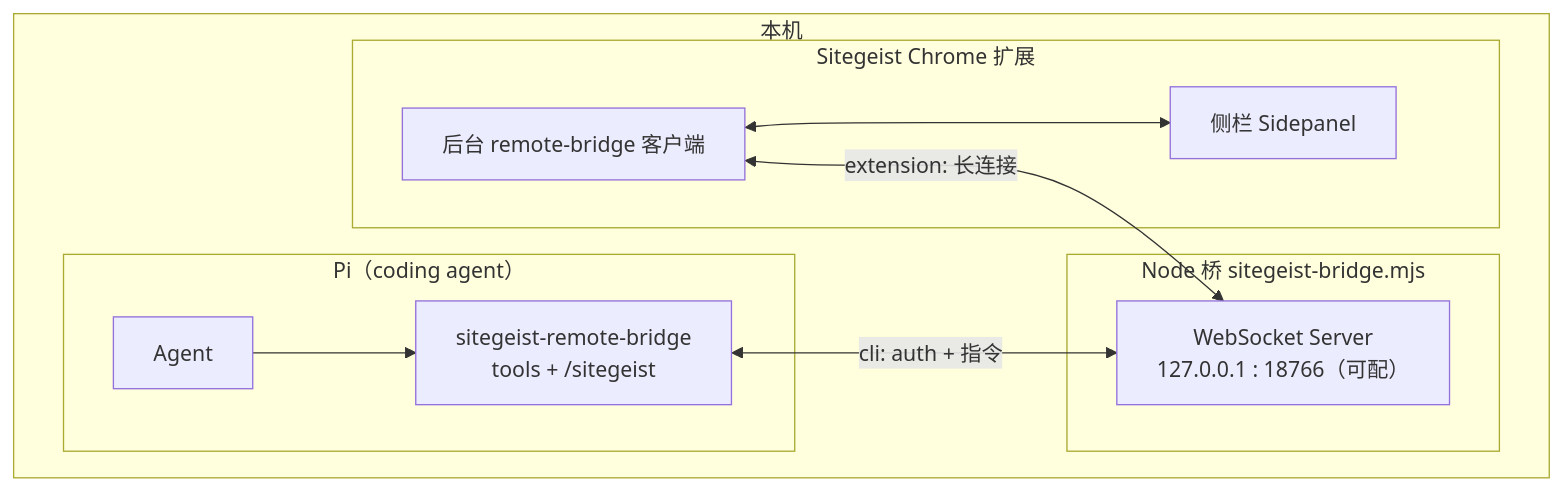
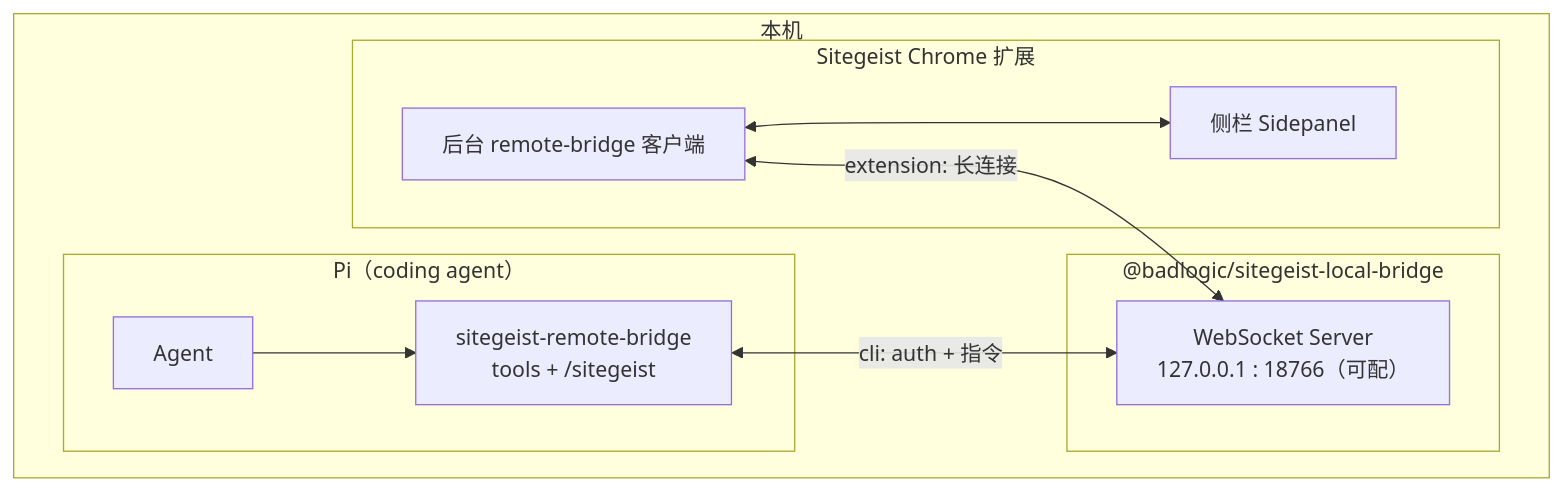
One commit to Xiaobin601/pi-extensions changed the first of 2 diagrams in sitegeist-remote-bridge/README.md. Above: the diagram before and after it, drawn with Mermaid. The commit also changed other lines of this file and 3 other files, not shown here.

Commit message:
feat sitegeist-bridge-protocol dep and readme bridge path

````diff
--- a/sitegeist-remote-bridge/README.md
+++ b/sitegeist-remote-bridge/README.md
@@ -22,23 +22,23 @@
 ```mermaid
 flowchart TB
 	subgraph Desktop["本机"]
 		subgraph PiSide["Pi（coding agent）"]
 			PiAgent["Agent"]
 			Ext["sitegeist-remote-bridge<br/>tools + /sitegeist"]
 			PiAgent --> Ext
 		end
 
-		subgraph BridgeProc["Node 桥 sitegeist-bridge.mjs"]
+		subgraph BridgeProc["@badlogic/sitegeist-local-bridge"]
 			WSS["WebSocket Server<br/>127.0.0.1 : 18766（可配）"]
 		end
 
 		subgraph SG["Sitegeist Chrome 扩展"]
 			BG["后台 remote-bridge 客户端"]
 			SP["侧栏 Sidepanel"]
 			BG <--> SP
 		end
 
 		Ext <-->|cli: auth + 指令| WSS
 		BG <-->|extension: 长连接| WSS
 	end
 ```
````
